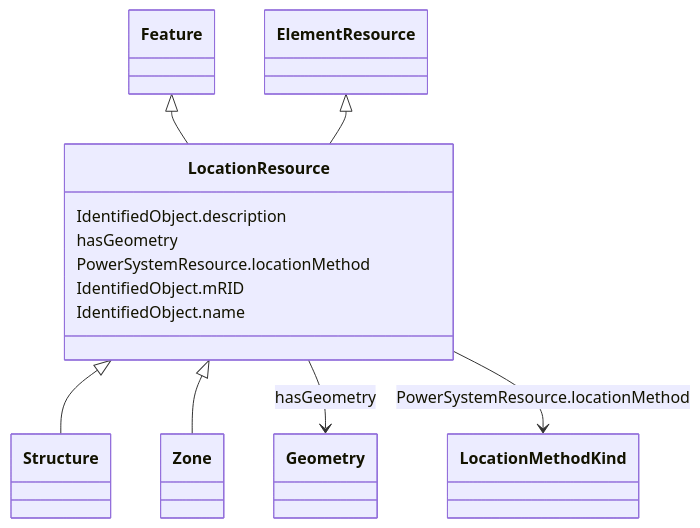
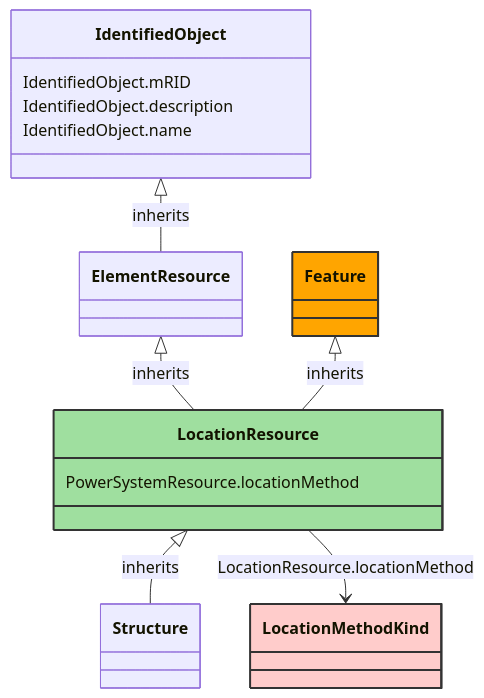
The diagram in docs/AviationObstacle/LocationResource.md (3lbits/NoCIMExtensions), drawn with Mermaid before and after one commit. The commit also changed other lines of this file and 177 other files, not shown here.

````diff
--- a/docs/AviationObstacle/LocationResource.md
+++ b/docs/AviationObstacle/LocationResource.md
@@ -18,34 +10,38 @@
 ```mermaid
- classDiagram
+classDiagram
     class LocationResource
-    click LocationResource href "../LocationResource"
-      Feature <|-- LocationResource
-        click Feature href "../Feature"
-      ElementResource <|-- LocationResource
-        click ElementResource href "../ElementResource"
-      
+    click LocationResource href "/AviationObstacle/LocationResource/"
+    style LocationResource fill:#9fdf9f,stroke:#333,stroke-width:2px,rx:10,ry:10
 
-      LocationResource <|-- Structure
-        click Structure href "../Structure"
-      LocationResource <|-- Zone
-        click Zone href "../Zone"
-      
-      
-      LocationResource : IdentifiedObject.description
-        
-      LocationResource : hasGeometry
-        
-          LocationResource --> Geometry : hasGeometry
-          click Geometry href "../Geometry"
-        
-      LocationResource : PowerSystemResource.locationMethod
-        
-          LocationResource --> LocationMethodKind : PowerSystemResource.locationMethod
-          click LocationMethodKind href "../LocationMethodKind"
-        
-      LocationResource : IdentifiedObject.mRID
-        
-      LocationResource : IdentifiedObject.name
-        
-      
+        LocationResource <|-- Structure : inherits
+            click LocationResource href "/AviationObstacle/LocationResource/"
+            style LocationResource rx:10,ry:10
+
+        Structure
+            click Structure href "/AviationObstacle/Structure/"
+            style Structure rx:10,ry:10
+
+        ElementResource <|-- LocationResource : inherits
+            click ElementResource href "/AviationObstacle/ElementResource/"
+            style ElementResource rx:10,ry:10
+
+        IdentifiedObject <|-- ElementResource : inherits
+            click IdentifiedObject href "/AviationObstacle/IdentifiedObject/"
+            style IdentifiedObject rx:10,ry:10
+
+        Feature <|-- LocationResource : inherits
+            click Feature href "/AviationObstacle/Feature/"
+            style Feature fill:#FFA500,stroke:#333,stroke-width:2px,rx:10,ry:10
+
+
+        LocationResource --> LocationMethodKind : LocationResource.locationMethod
+
+        LocationMethodKind
+            click LocationMethodKind href "/AviationObstacle/LocationMethodKind/"
+            style LocationMethodKind fill:#FFCCCB,stroke:#333,stroke-width:2px,rx:10,ry:10
+
+        LocationResource : PowerSystemResource.locationMethod
+        IdentifiedObject : IdentifiedObject.mRID
+        IdentifiedObject : IdentifiedObject.description
+        IdentifiedObject : IdentifiedObject.name
 ```
````
